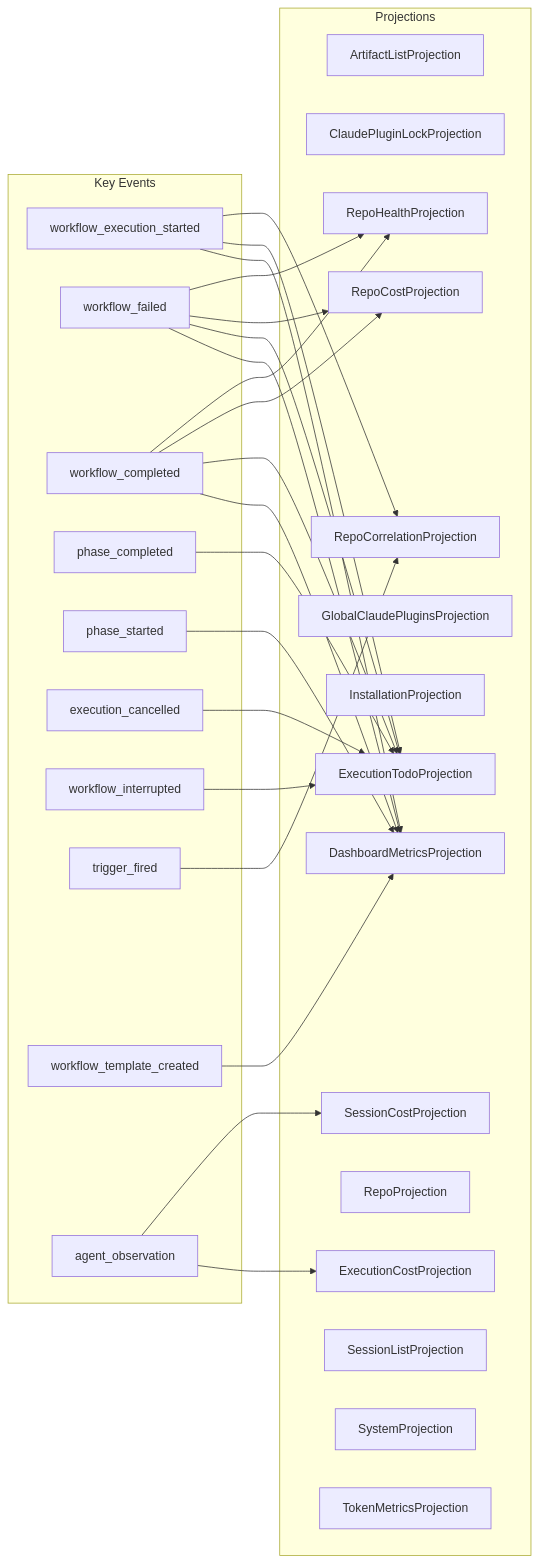
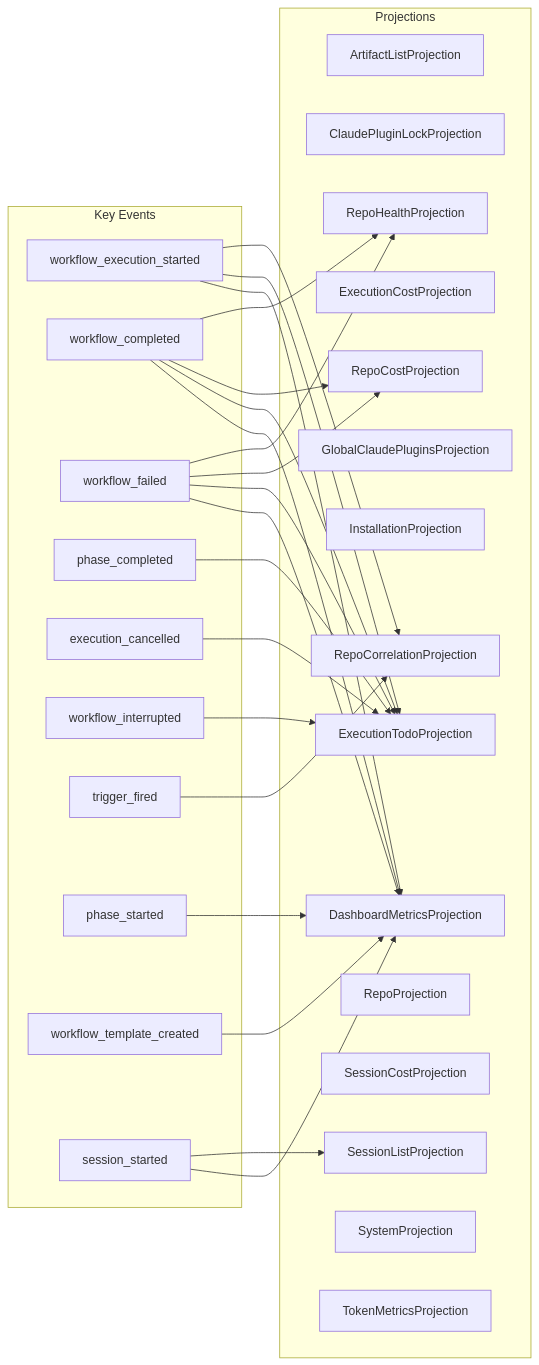
The diagram in docs/architecture/projection-subscriptions.md (syntropic137/syntropic137), drawn with Mermaid before and after one commit. The commit also changed other lines of this file and 1 other file, not shown here.

Commit message:
docs: regenerate architecture docs (docs-sync drift, unrelated to provider fix)

````diff
--- a/docs/architecture/projection-subscriptions.md
+++ b/docs/architecture/projection-subscriptions.md
@@ -15,53 +15,53 @@
 ```mermaid
 graph LR
     subgraph events["Key Events"]
         e1[workflow_execution_started]
-        e2[workflow_failed]
-        e3[workflow_completed]
+        e2[workflow_completed]
+        e3[workflow_failed]
         e4[phase_completed]
-        e5[phase_started]
-        e6[execution_cancelled]
-        e7[workflow_interrupted]
-        e8[trigger_fired]
+        e5[execution_cancelled]
+        e6[workflow_interrupted]
+        e7[trigger_fired]
+        e8[phase_started]
         e9[workflow_template_created]
-        e10[agent_observation]
+        e10[session_started]
     end
 
     subgraph projections["Projections"]
         p1[ArtifactListProjection]
         p2[ClaudePluginLockProjection]
         p3[DashboardMetricsProjection]
         p4[ExecutionCostProjection]
         p5[ExecutionTodoProjection]
         p6[GlobalClaudePluginsProjection]
         p7[InstallationProjection]
         p8[RepoCorrelationProjection]
         p9[RepoCostProjection]
         p10[RepoHealthProjection]
         p11[RepoProjection]
         p12[SessionCostProjection]
         p13[SessionListProjection]
         p14[SystemProjection]
         p15[TokenMetricsProjection]
     end
 
+    e10 --> p13
+    e10 --> p3
+    e4 --> p5
     e2 --> p10
     e2 --> p9
     e2 --> p5
     e2 --> p3
-    e4 --> p5
+    e5 --> p5
+    e6 --> p5
+    e7 --> p8
+    e8 --> p3
     e1 --> p8
     e1 --> p5
     e1 --> p3
-    e5 --> p3
+    e9 --> p3
     e3 --> p10
     e3 --> p9
     e3 --> p5
     e3 --> p3
-    e10 --> p12
-    e10 --> p4
-    e6 --> p5
-    e7 --> p5
-    e8 --> p8
-    e9 --> p3
 ```
````
